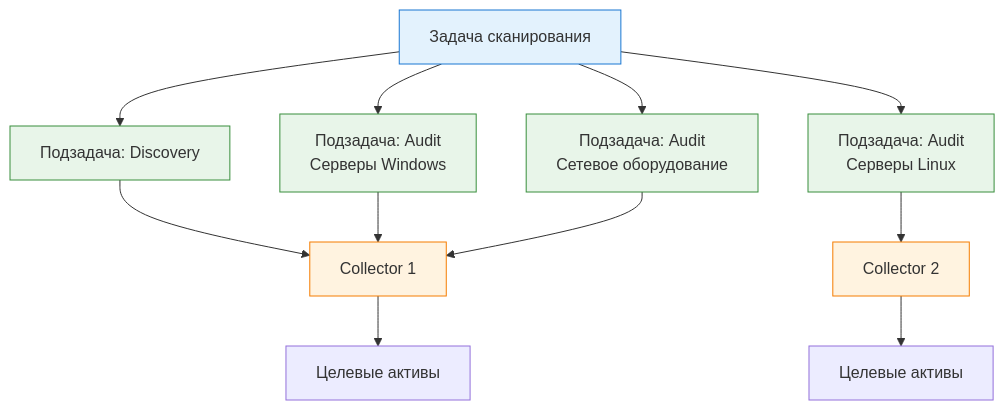
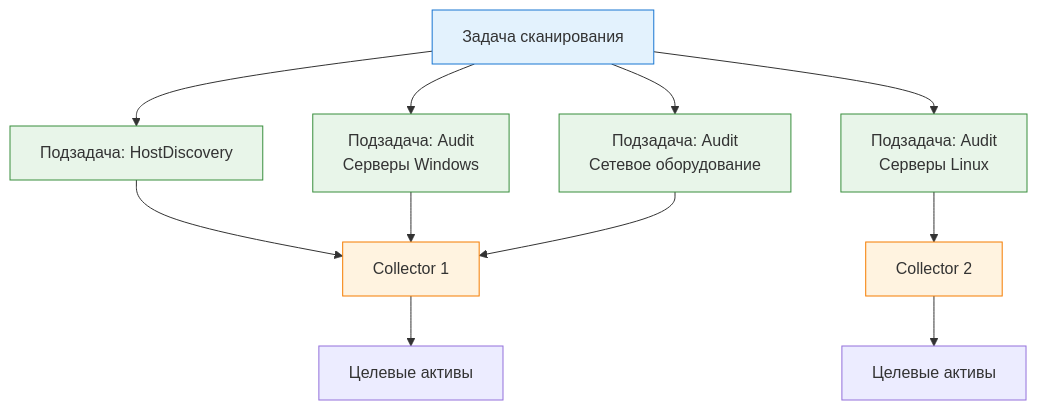
Before and after one commit to ale88andr/obs-vault: the second of 2 diagrams in InfoSec/PositiveTechnologies/MaxPatrol VM/3. Сбор данных и сканирование.md, drawn with Mermaid. The commit also changed other lines of this file and 16 other files, not shown here.

````diff
--- a/InfoSec/PositiveTechnologies/MaxPatrol VM/3. Сбор данных и сканирование.md
+++ b/InfoSec/PositiveTechnologies/MaxPatrol VM/3. Сбор данных и сканирование.md
@@ -371,23 +401,23 @@
 ```mermaid
 graph TB
-    TASK[Задача сканирования] --> SUB1[Подзадача: Discovery]
+    TASK[Задача сканирования] --> SUB1[Подзадача: HostDiscovery]
     TASK --> SUB2[Подзадача: Audit<br/>Серверы Windows]
     TASK --> SUB3[Подзадача: Audit<br/>Серверы Linux]
     TASK --> SUB4[Подзадача: Audit<br/>Сетевое оборудование]
 
     SUB1 --> C1[Collector 1]
     SUB2 --> C1
     SUB3 --> C2[Collector 2]
     SUB4 --> C1
 
     C1 --> T1[Целевые активы]
     C2 --> T2[Целевые активы]
 
     style TASK fill:#e3f2fd,stroke:#1976d2
     style SUB1 fill:#e8f5e9,stroke:#388e3c
     style SUB2 fill:#e8f5e9,stroke:#388e3c
     style SUB3 fill:#e8f5e9,stroke:#388e3c
     style SUB4 fill:#e8f5e9,stroke:#388e3c
     style C1 fill:#fff3e0,stroke:#f57c00
     style C2 fill:#fff3e0,stroke:#f57c00
 ```
````
